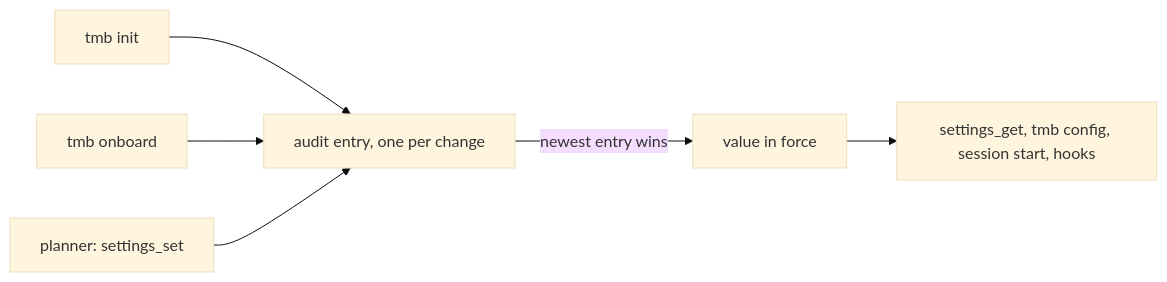
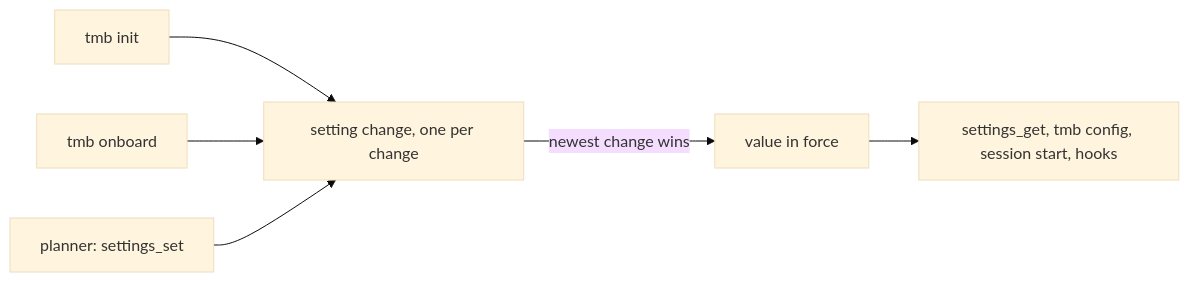
The second of 2 diagrams in docs/architecture/CONFIG.md (trustmybot/tmb), drawn with Mermaid (base theme) before and after one commit. The commit also changed other lines of this file and 9 other files, not shown here.

Commit message:
📝 docs(record): the audit table is gone; each kind of entry is its own record, as built

````diff
--- a/docs/architecture/CONFIG.md
+++ b/docs/architecture/CONFIG.md
@@ -29,8 +29,8 @@
 ```mermaid
 flowchart LR
-    I["tmb init"] --> A["audit entry, one per change"]
+    I["tmb init"] --> A["setting change, one per change"]
     O["tmb onboard"] --> A
     P["planner: settings_set"] --> A
-    A -->|"newest entry wins"| V["value in force"]
+    A -->|"newest change wins"| V["value in force"]
     V --> R["settings_get, tmb config, session start, hooks"]
 ```
````
